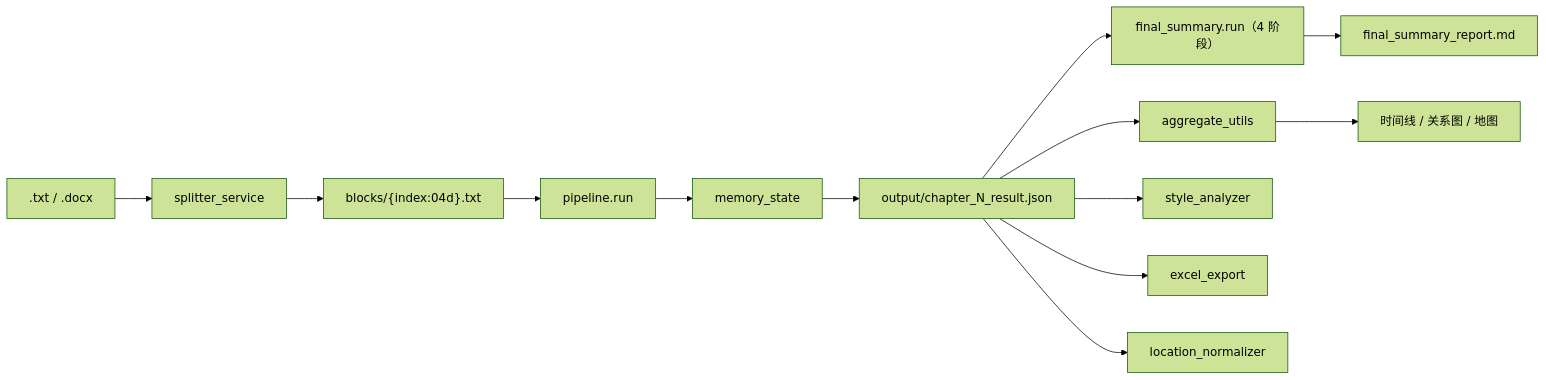
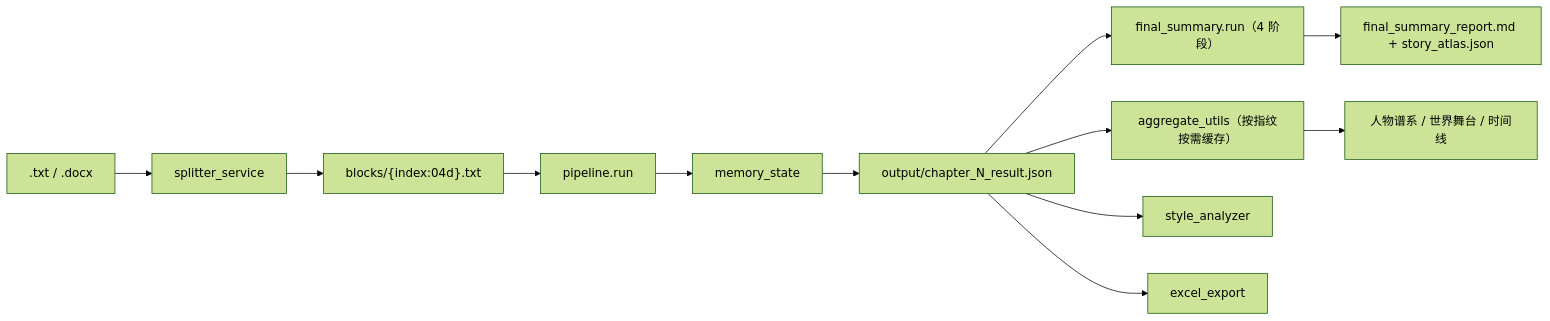
The first of 3 diagrams in docs/architecture.md (mojingjing-git/Novel-analyzer-harness), drawn with Mermaid (forest theme) before and after one commit. The commit also changed other lines of this file and 362 other files, not shown here.

````diff
--- a/docs/architecture.md
+++ b/docs/architecture.md
@@ -66,15 +42,14 @@
 ```mermaid
 flowchart LR
   TXT[".txt / .docx"] --> Split["splitter_service"]
   Split --> Blocks["blocks/{index:04d}.txt"]
   Blocks --> Pipeline["pipeline.run"]
   Pipeline --> MS["memory_state"]
   MS --> Output["output/chapter_N_result.json"]
   Output --> Summary["final_summary.run（4 阶段）"]
-  Summary --> Report["final_summary_report.md"]
-  Output --> Agg["aggregate_utils"]
+  Summary --> Report["final_summary_report.md + story_atlas.json"]
+  Output --> Agg["aggregate_utils（按指纹按需缓存）"]
   Output --> Style["style_analyzer"]
   Output --> Excel["excel_export"]
-  Output --> Loc["location_normalizer"]
-  Agg --> VizPages["时间线 / 关系图 / 地图"]
+  Agg --> VizPages["人物谱系 / 世界舞台 / 时间线"]
 ```
````
